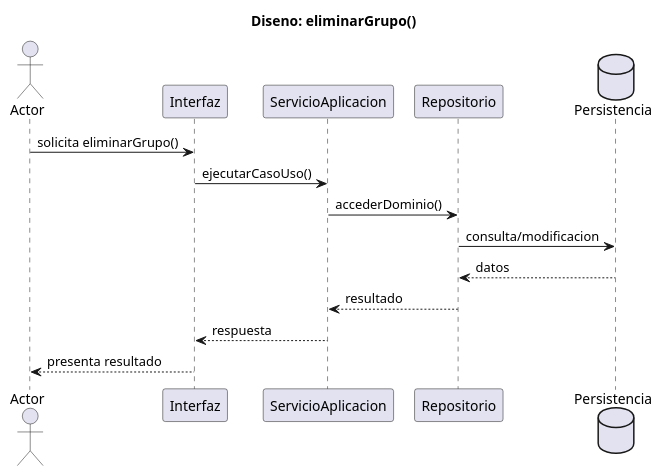
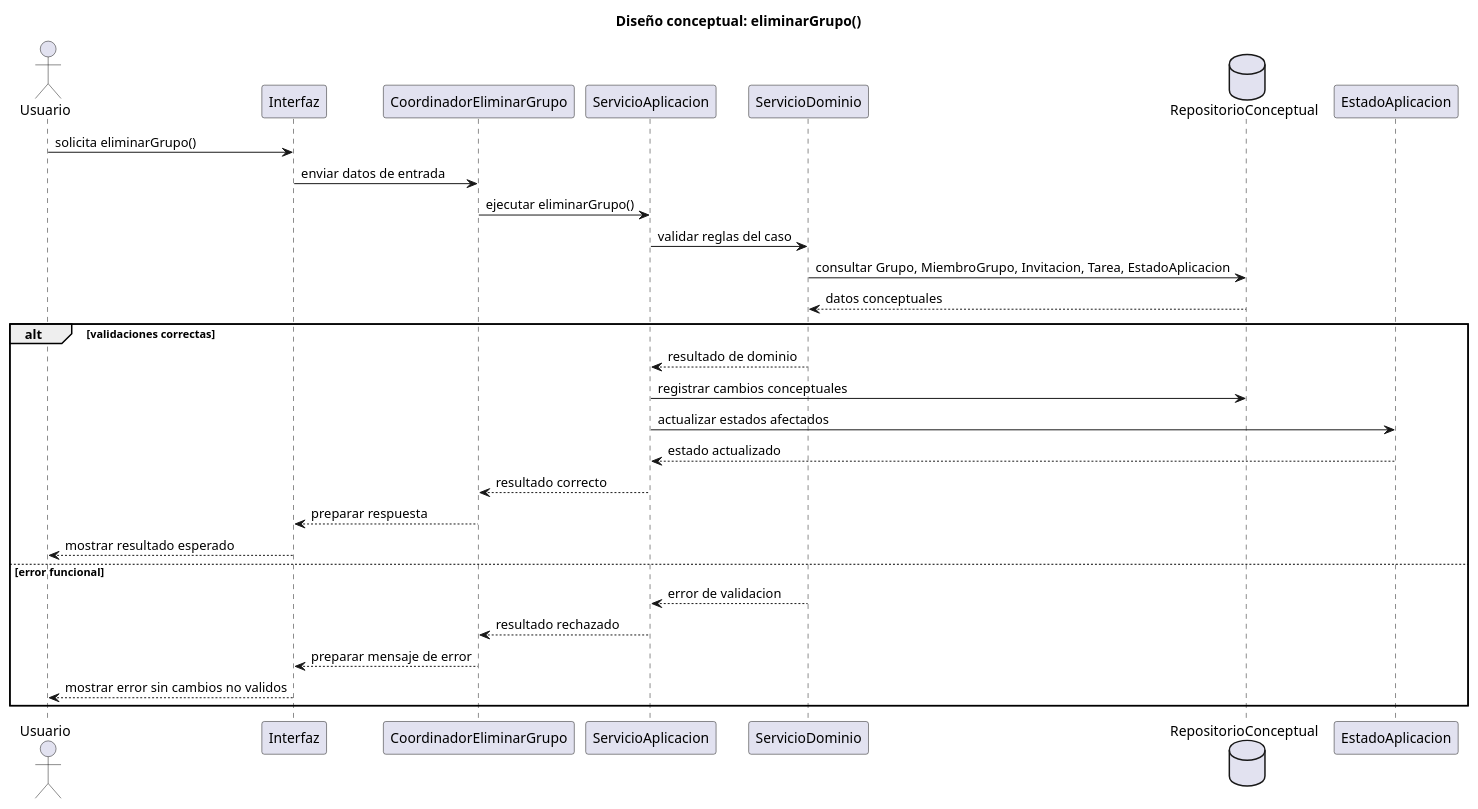
Before and after one commit to inigovaqueroo04/25-26-idsw2-sdVC: the diagram in documents/RUP/02-diseño/casos-uso/gestion-grupos/eliminarGrupo/secuencia.puml, drawn with PlantUML. The commit also changed 55 other files, not shown here.

Commit message:
docs: completar diseño RUP conceptual

```diff
--- a/documents/RUP/02-diseño/casos-uso/gestion-grupos/eliminarGrupo/secuencia.puml
+++ b/documents/RUP/02-diseño/casos-uso/gestion-grupos/eliminarGrupo/secuencia.puml
@@ -1,19 +1,34 @@
 @startuml eliminarGrupo-diseno-secuencia
-actor "Actor" as Actor
-participant "Interfaz" as UI
-participant "ServicioAplicacion" as Servicio
-participant "Repositorio" as Repositorio
-database "Persistencia" as BD
+title Diseño conceptual: eliminarGrupo()
 
-title Diseno: eliminarGrupo()
+actor "Usuario" as Usuario
+participant "Interfaz" as Interfaz
+participant "CoordinadorEliminarGrupo" as Coordinador
+participant "ServicioAplicacion" as ServicioAplicacion
+participant "ServicioDominio" as ServicioDominio
+database "RepositorioConceptual" as Repositorio
+participant "EstadoAplicacion" as EstadoAplicacion
 
-Actor -> UI : solicita eliminarGrupo()
-UI -> Servicio : ejecutarCasoUso()
-Servicio -> Repositorio : accederDominio()
-Repositorio -> BD : consulta/modificacion
-BD --> Repositorio : datos
-Repositorio --> Servicio : resultado
-Servicio --> UI : respuesta
-UI --> Actor : presenta resultado
+Usuario -> Interfaz : solicita eliminarGrupo()
+Interfaz -> Coordinador : enviar datos de entrada
+Coordinador -> ServicioAplicacion : ejecutar eliminarGrupo()
+ServicioAplicacion -> ServicioDominio : validar reglas del caso
+ServicioDominio -> Repositorio : consultar Grupo, MiembroGrupo, Invitacion, Tarea, EstadoAplicacion
+Repositorio --> ServicioDominio : datos conceptuales
+
+alt validaciones correctas
+  ServicioDominio --> ServicioAplicacion : resultado de dominio
+  ServicioAplicacion -> Repositorio : registrar cambios conceptuales
+  ServicioAplicacion -> EstadoAplicacion : actualizar estados afectados
+  EstadoAplicacion --> ServicioAplicacion : estado actualizado
+  ServicioAplicacion --> Coordinador : resultado correcto
+  Coordinador --> Interfaz : preparar respuesta
+  Interfaz --> Usuario : mostrar resultado esperado
+else error funcional
+  ServicioDominio --> ServicioAplicacion : error de validacion
+  ServicioAplicacion --> Coordinador : resultado rechazado
+  Coordinador --> Interfaz : preparar mensaje de error
+  Interfaz --> Usuario : mostrar error sin cambios no validos
+end
 
 @enduml
```
